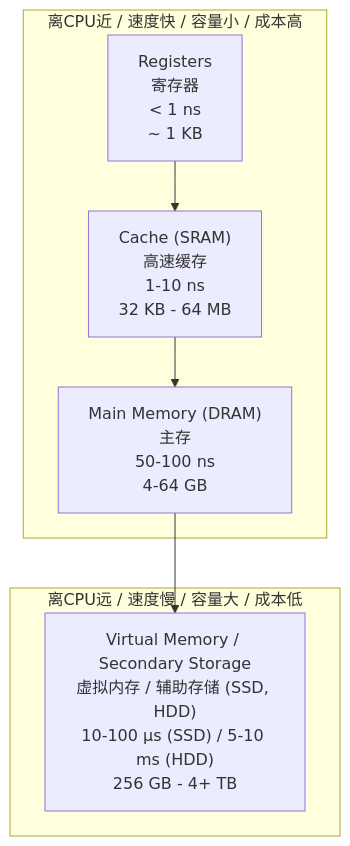
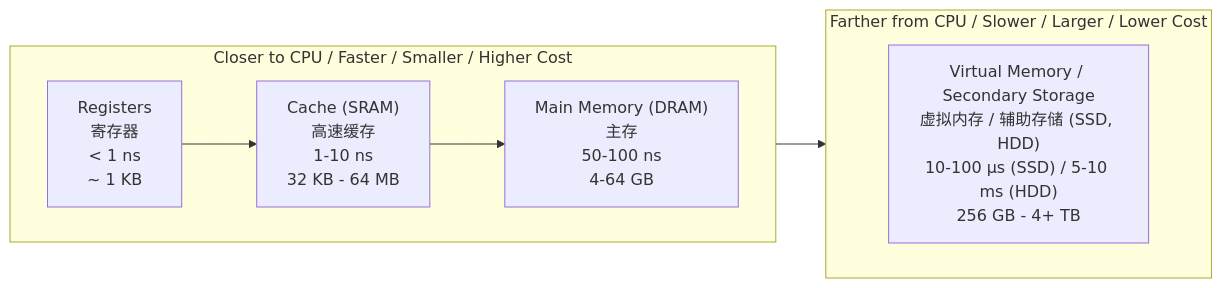
One commit to wufangxun106334-pixel/CS- changed the first of 13 diagrams in COMP30660 Arch架构/07_存储系统_Memory_Systems.md. Above: the diagram before and after it, drawn with Mermaid. The commit also changed other lines of this file and 279 other files, not shown here.

````diff
--- a/COMP30660 Arch架构/07_存储系统_Memory_Systems.md
+++ b/COMP30660 Arch架构/07_存储系统_Memory_Systems.md
@@ -39,12 +39,17 @@
 ```mermaid
-graph TD
-    subgraph "离CPU近 / 速度快 / 容量小 / 成本高"
-        R["Registers<br/>寄存器<br/>< 1 ns<br/>~ 1 KB"]
+graph LR
+    subgraph A["Closer to CPU / Faster / Smaller / Higher Cost"]
+        direction LR
+        R["Registers<br/>寄存器<br/>&lt; 1 ns<br/>~ 1 KB"]
         C["Cache (SRAM)<br/>高速缓存<br/>1-10 ns<br/>32 KB - 64 MB"]
         M["Main Memory (DRAM)<br/>主存<br/>50-100 ns<br/>4-64 GB"]
     end
-    subgraph "离CPU远 / 速度慢 / 容量大 / 成本低"
+
+    subgraph B["Farther from CPU / Slower / Larger / Lower Cost"]
+        direction LR
         V["Virtual Memory / Secondary Storage<br/>虚拟内存 / 辅助存储 (SSD, HDD)<br/>10-100 μs (SSD) / 5-10 ms (HDD)<br/>256 GB - 4+ TB"]
     end
+
     R --> C --> M --> V
+
 ```
````
